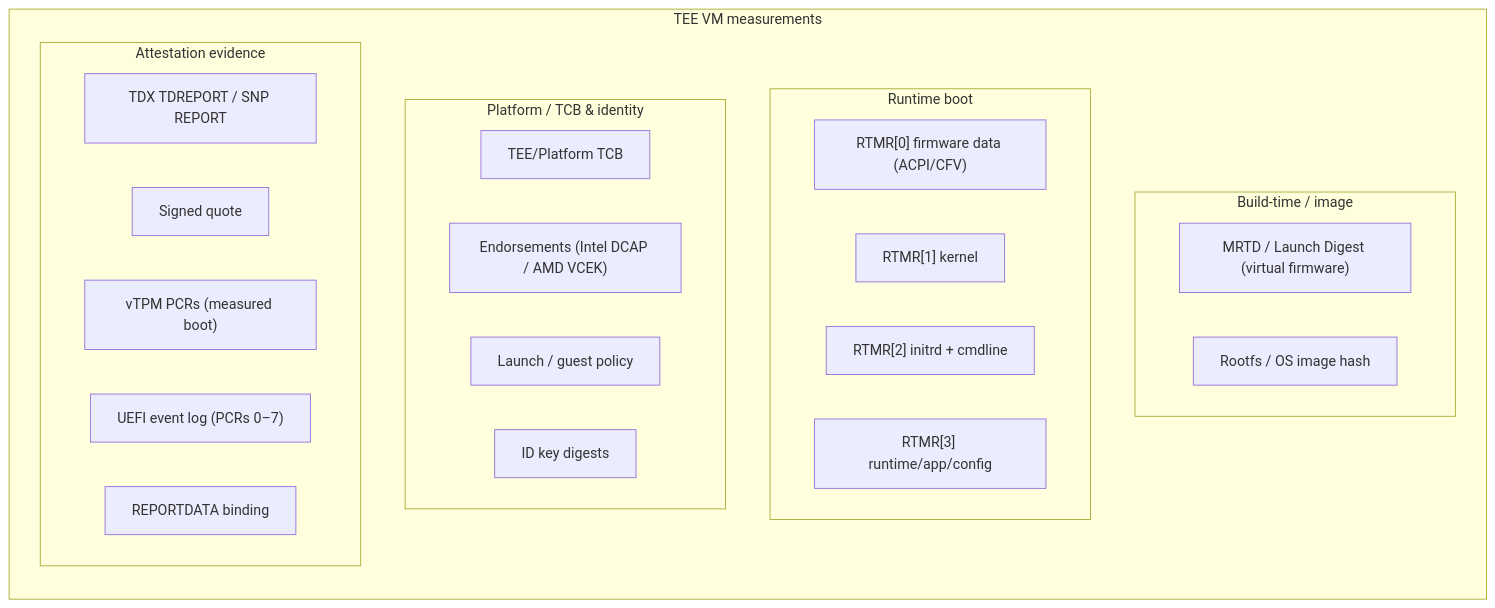
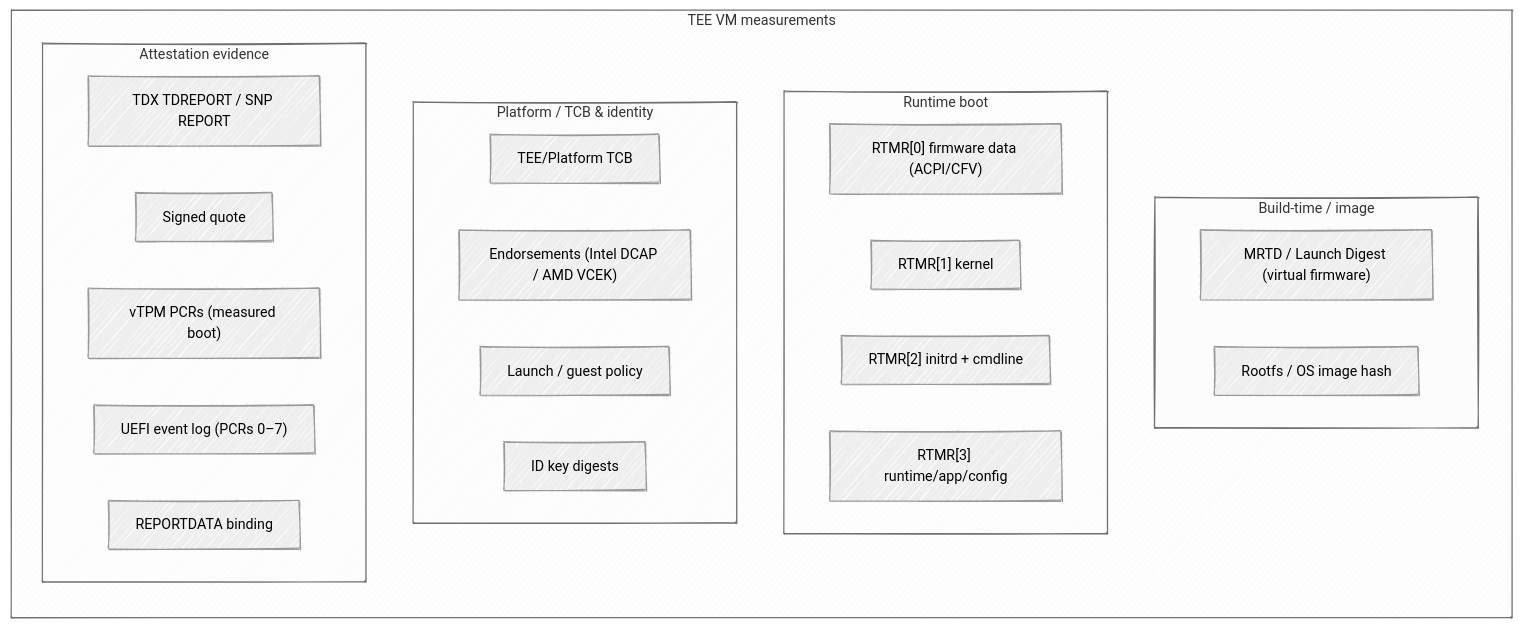
One commit to nmwael/confidential-containers-introduction changed the diagram in diagrams/teevmmeasurement.mmd. Above: the diagram before and after it, drawn with Mermaid. The commit also changed 1 other file, not shown here.

```diff
--- a/diagrams/teevmmeasurement.mmd
+++ b/diagrams/teevmmeasurement.mmd
@@ -1,32 +1,36 @@
-
+---
+config:
+  look: handDrawn
+  theme: neutral
+---
 flowchart TB
   subgraph TEE["TEE VM measurements"]
     direction TB
 
     subgraph Build["Build-time / image"]
       TDVF["MRTD / Launch Digest (virtual firmware)"]
       RootFS["Rootfs / OS image hash"]
     end
 
     subgraph Runtime["Runtime boot"]
       R0["RTMR[0] firmware data (ACPI/CFV)"]
       R1["RTMR[1] kernel"]
       R2["RTMR[2] initrd + cmdline"]
       R3["RTMR[3] runtime/app/config"]
     end
 
     subgraph Platform["Platform / TCB & identity"]
       TCB["TEE/Platform TCB"]
       End["Endorsements (Intel DCAP / AMD VCEK)"]
       Pol["Launch / guest policy"]
       IDs["ID key digests"]
     end
 
     subgraph Evidence["Attestation evidence"]
       HW["TDX TDREPORT / SNP REPORT"]
       Quote["Signed quote"]
       PCRs["vTPM PCRs (measured boot)"]
       UEFI["UEFI event log (PCRs 0–7)"]
       RD["REPORTDATA binding"]
     end
   end
```
